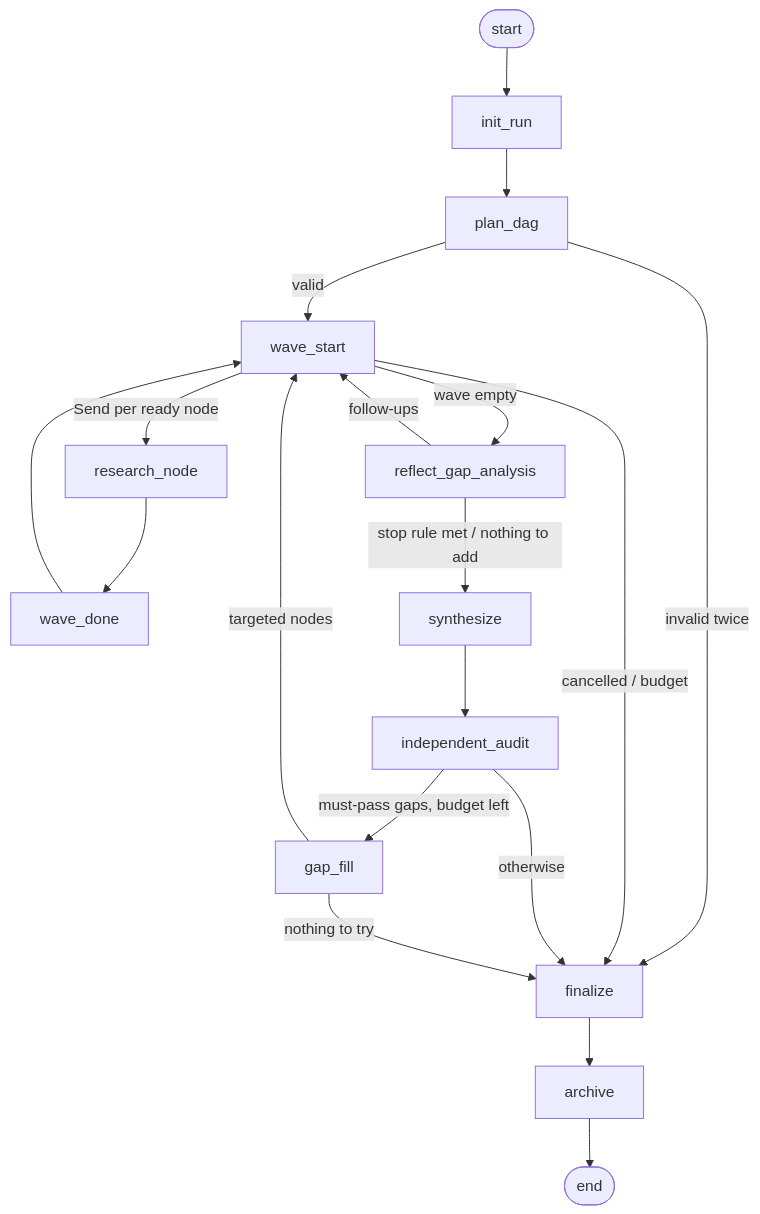
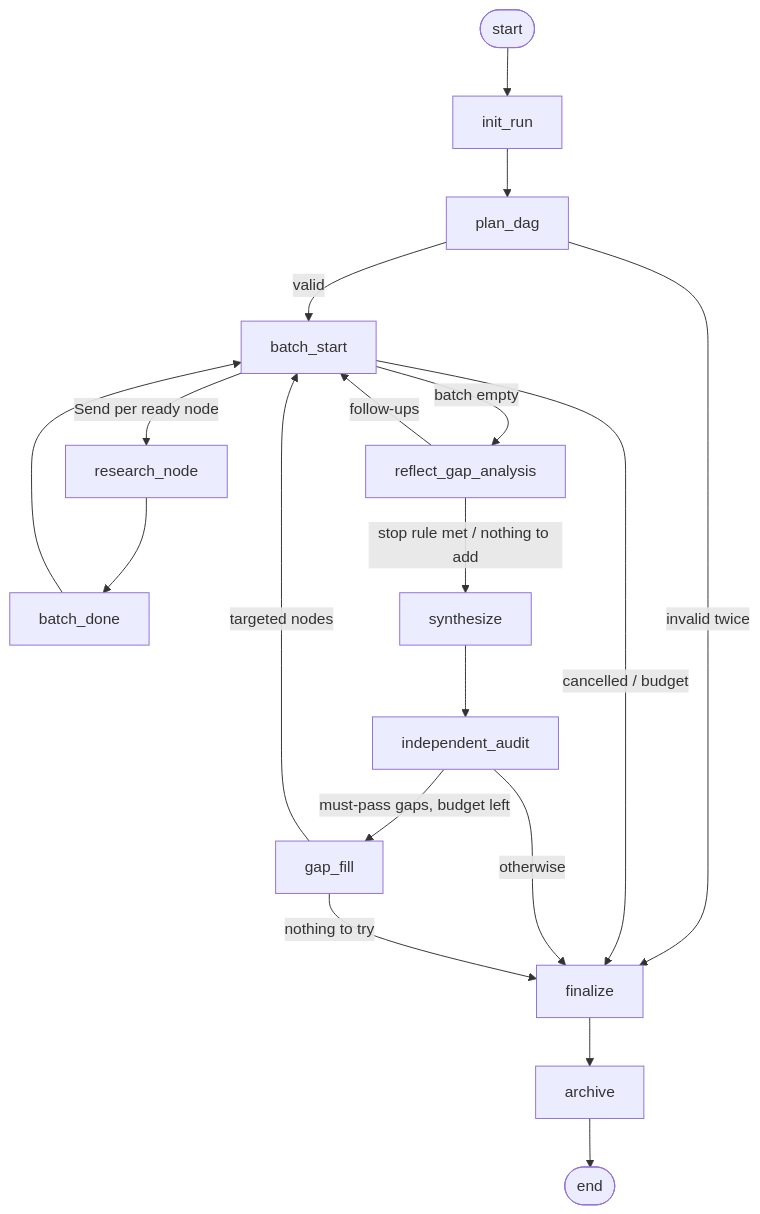
The third of 5 diagrams in src/research_agent/design_docs/architecture.md (RoboSathi/agentic-ai-series), drawn with Mermaid before and after one commit. The commit also changed other lines of this file and 171 other files, not shown here.

````diff
--- a/src/research_agent/design_docs/architecture.md
+++ b/src/research_agent/design_docs/architecture.md
@@ -72,18 +71,18 @@
 ```mermaid
 flowchart TD
     START([start]) --> init_run --> plan_dag
-    plan_dag -->|valid| wave_start
+    plan_dag -->|valid| batch_start
     plan_dag -->|invalid twice| finalize
-    wave_start -->|Send per ready node| research_node
-    research_node --> wave_done --> wave_start
-    wave_start -->|wave empty| reflect_gap_analysis
-    wave_start -->|cancelled / budget| finalize
-    reflect_gap_analysis -->|follow-ups| wave_start
+    batch_start -->|Send per ready node| research_node
+    research_node --> batch_done --> batch_start
+    batch_start -->|batch empty| reflect_gap_analysis
+    batch_start -->|cancelled / budget| finalize
+    reflect_gap_analysis -->|follow-ups| batch_start
     reflect_gap_analysis -->|stop rule met / nothing to add| synthesize
     synthesize --> independent_audit
     independent_audit -->|must-pass gaps, budget left| gap_fill
     independent_audit -->|otherwise| finalize
-    gap_fill -->|targeted nodes| wave_start
+    gap_fill -->|targeted nodes| batch_start
     gap_fill -->|nothing to try| finalize
     finalize --> archive --> END([end])
 ```
````
